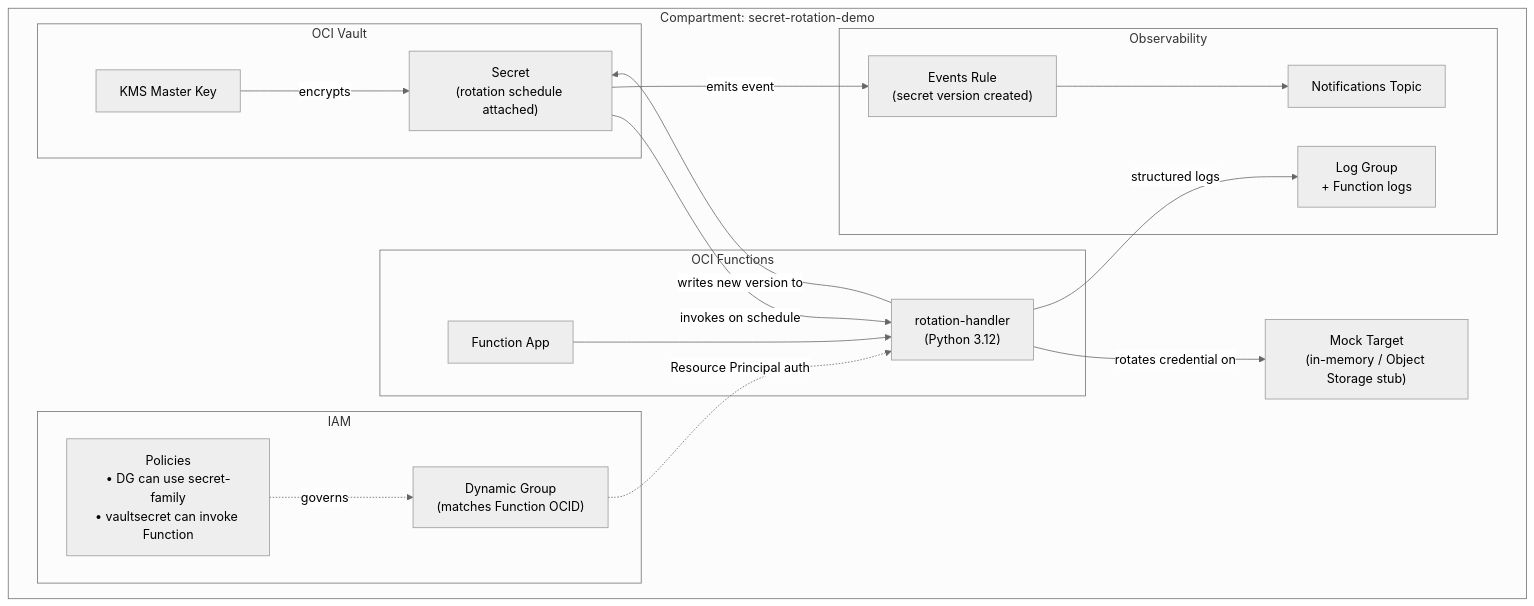
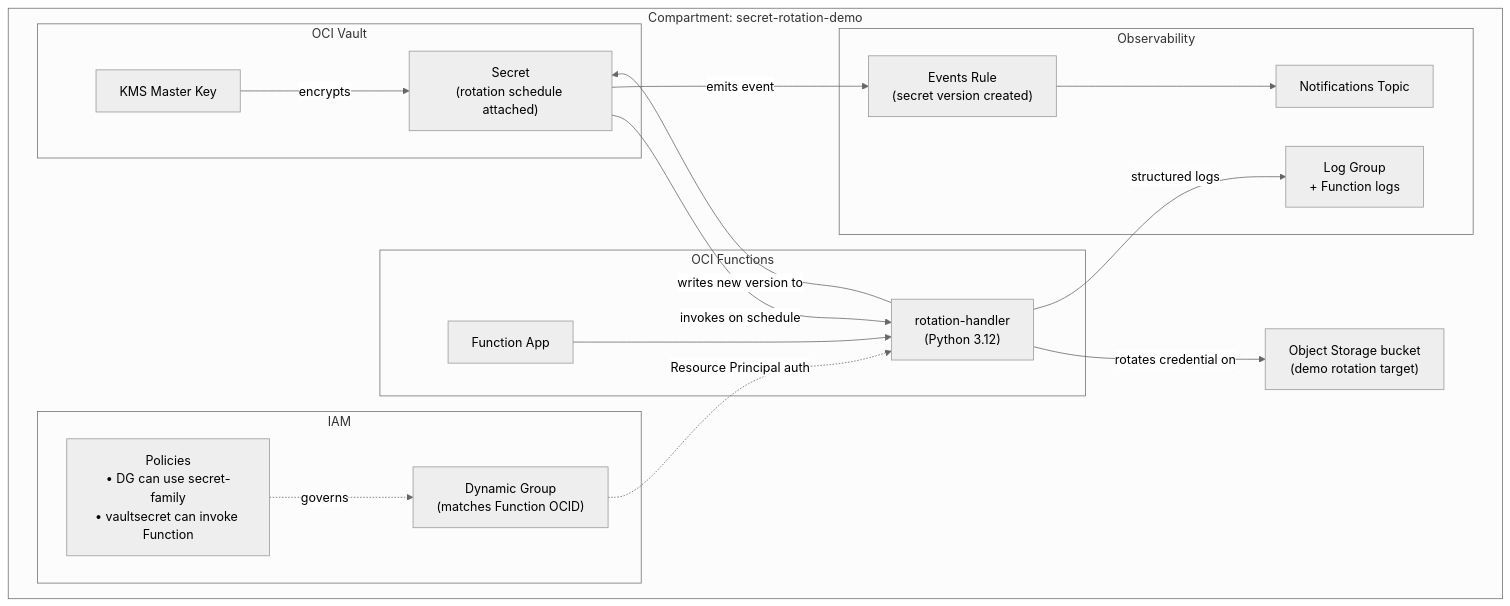
The first of 2 diagrams in docs/design.md (perspectivism/oci-secret-rotation), drawn with Mermaid (neutral theme) before and after one commit. The commit also changed other lines of this file and 15 other files, not shown here.

First line of the commit message:
M5: wire rotation scheduler, Object Storage target, real rotation verified

````diff
--- a/docs/design.md
+++ b/docs/design.md
@@ -42,38 +42,38 @@
 ```mermaid
 graph TD
     subgraph compartment["Compartment: secret-rotation-demo"]
         subgraph iam["IAM"]
             DG["Dynamic Group<br/>(matches Function OCID)"]
             POL["Policies<br/>• DG can use secret-family<br/>• vaultsecret can invoke Function"]
         end
 
         subgraph vault_group["OCI Vault"]
             KMS["KMS Master Key"]
             SEC["Secret<br/>(rotation schedule attached)"]
             KMS -- "encrypts" --> SEC
         end
 
         subgraph fn_group["OCI Functions"]
             FNA["Function App"]
             FN["rotation-handler<br/>(Python 3.12)"]
             FNA --> FN
         end
 
-        MT["Mock Target<br/>(in-memory / Object Storage stub)"]
+        MT["Object Storage bucket<br/>(demo rotation target)"]
 
         subgraph obs["Observability"]
             LG["Log Group<br/>+ Function logs"]
             EV["Events Rule<br/>(secret version created)"]
             NT["Notifications Topic"]
         end
 
         SEC -- "invokes on schedule" --> FN
         FN -- "rotates credential on" --> MT
         FN -- "writes new version to" --> SEC
         SEC -- "emits event" --> EV
         EV --> NT
         FN -- "structured logs" --> LG
         DG -. "Resource Principal auth" .-> FN
         POL -. "governs" .-> DG
     end
 ```
````
